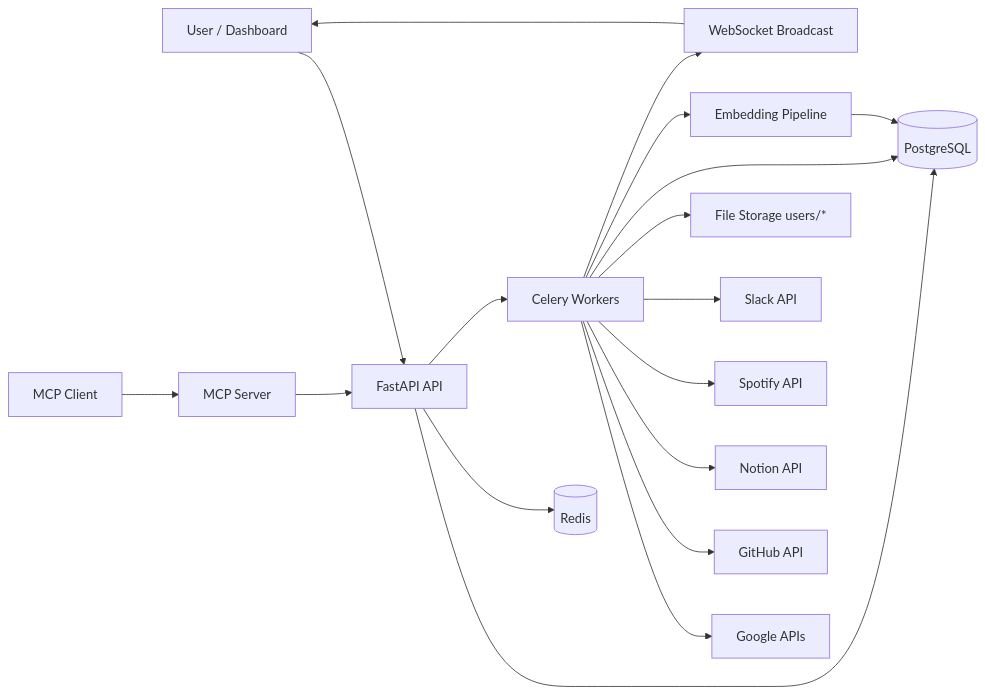
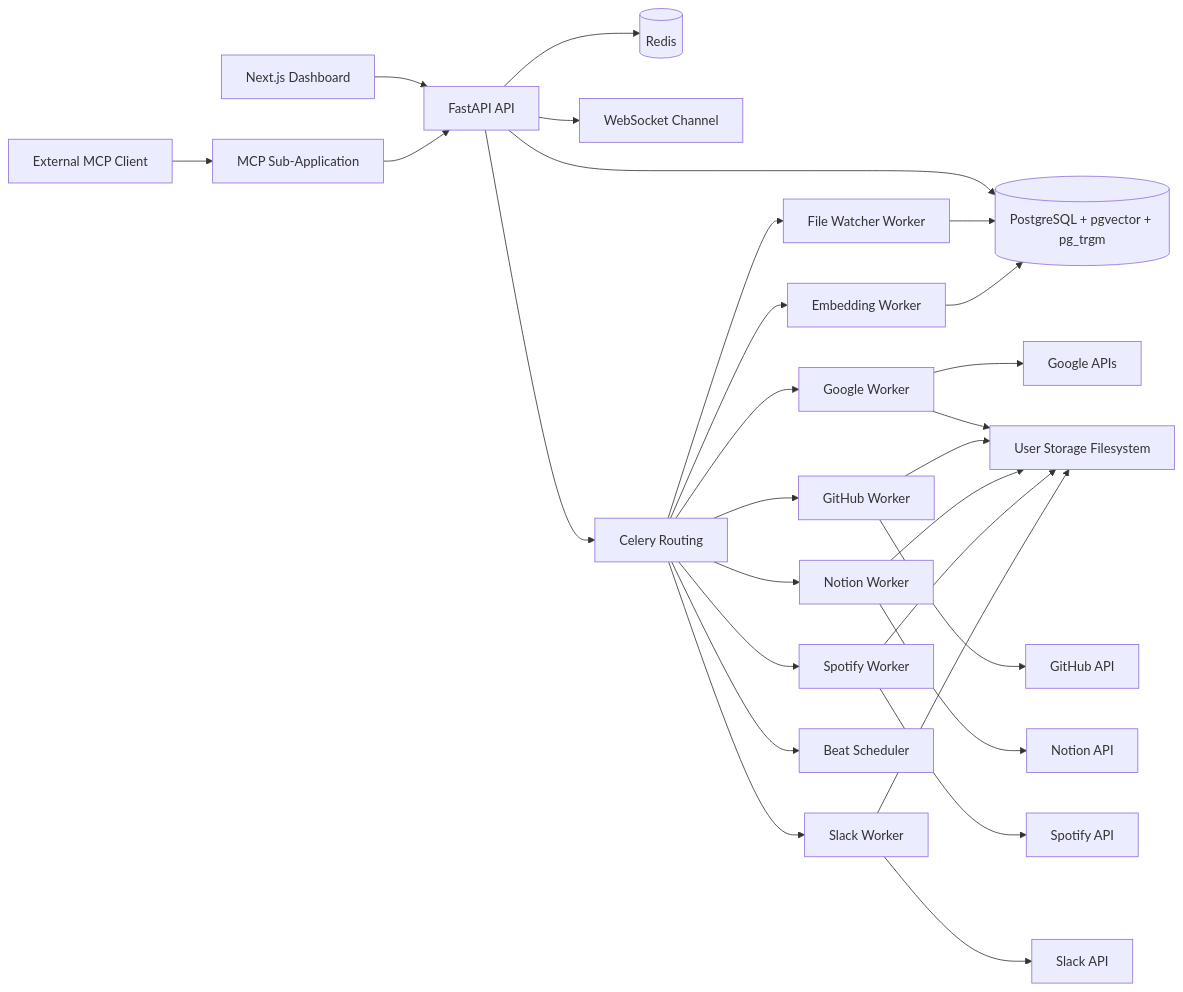
The diagram in README.md (Arch-777/PersonalAPI), drawn with Mermaid before and after one commit. The commit also changed other lines of this file and 6 other files, not shown here.

````diff
--- a/README.md
+++ b/README.md
@@ -32,24 +52,34 @@
 ```mermaid
 flowchart LR
-	U[User / Dashboard] --> A[FastAPI API]
-	X[MCP Client] --> M[MCP Server]
-	M --> A
+    FE[Next.js Dashboard] --> API[FastAPI API]
+    MCPClient[External MCP Client] --> MCP[MCP Sub-Application]
+    MCP --> API
 
-	A --> DB[(PostgreSQL)]
-	A --> R[(Redis)]
-	A --> C[Celery Workers]
+    API --> PG[(PostgreSQL + pgvector + pg_trgm)]
+    API --> REDIS[(Redis)]
+    API --> WS[WebSocket Channel]
+    API --> CELERY[Celery Routing]
 
-	C --> G[Google APIs]
-	C --> GH[GitHub API]
-	C --> N[Notion API]
-	C --> S[Spotify API]
-	C --> SL[Slack API]
+    CELERY --> WG[Google Worker]
+    CELERY --> WGH[GitHub Worker]
+    CELERY --> WN[Notion Worker]
+    CELERY --> WSPO[Spotify Worker]
+    CELERY --> WSL[Slack Worker]
+    CELERY --> WFW[File Watcher Worker]
+    CELERY --> WEMB[Embedding Worker]
+    CELERY --> WBEAT[Beat Scheduler]
 
-	C --> F[File Storage users/*]
-	C --> DB
-	C --> E[Embedding Pipeline]
-	E --> DB
+    WG --> GAPI[Google APIs]
+    WGH --> GHAPI[GitHub API]
+    WN --> NAPI[Notion API]
+    WSPO --> SAPI[Spotify API]
+    WSL --> SLAPI[Slack API]
 
-	C --> W[WebSocket Broadcast]
-	W --> U
+    WG --> FS[User Storage Filesystem]
+    WGH --> FS
+    WN --> FS
+    WSPO --> FS
+    WSL --> FS
+    WFW --> PG
+    WEMB --> PG
 ```
````
